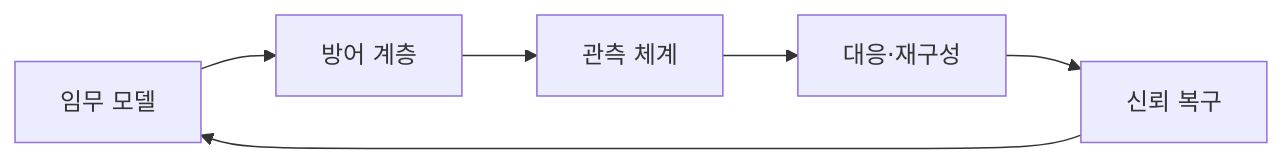
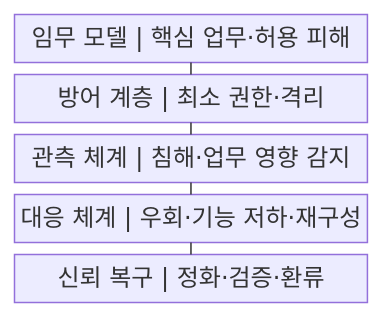
Before and after one commit to agnusdei1207/knowledge-base: the first of 2 diagrams in src/content/docs/notes/03-software/196_cyber_resilience.md, drawn with Mermaid. The commit also changed other lines of this file and 20 other files, not shown here.

````diff
--- a/src/content/docs/notes/03-software/196_cyber_resilience.md
+++ b/src/content/docs/notes/03-software/196_cyber_resilience.md
@@ -54,8 +53,13 @@
 ```mermaid
-flowchart LR
-    A[임무 모델] --> B[방어 계층]
-    B --> C[관측 체계]
-    C --> D[대응·재구성]
-    D --> E[신뢰 복구]
-    E --> A
+block
+    columns 1
+    A["임무 모델 | 핵심 업무·허용 피해"]
+    B["방어 계층 | 최소 권한·격리"]
+    C["관측 체계 | 침해·업무 영향 감지"]
+    D["대응 체계 | 우회·기능 저하·재구성"]
+    E["신뢰 복구 | 정화·검증·환류"]
+    A --- B
+    B --- C
+    C --- D
+    D --- E
 ```
````
